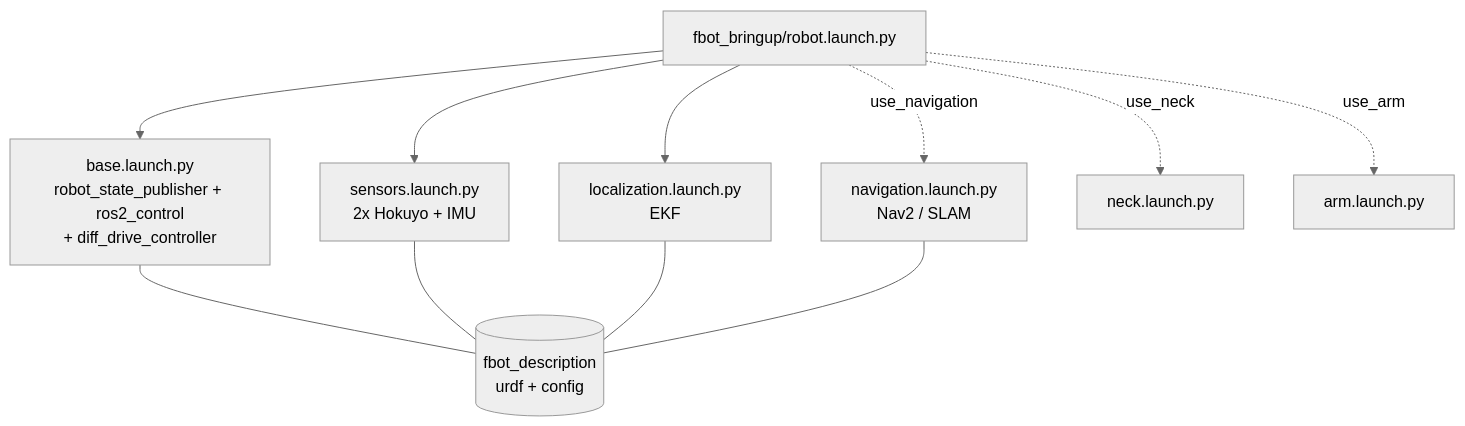
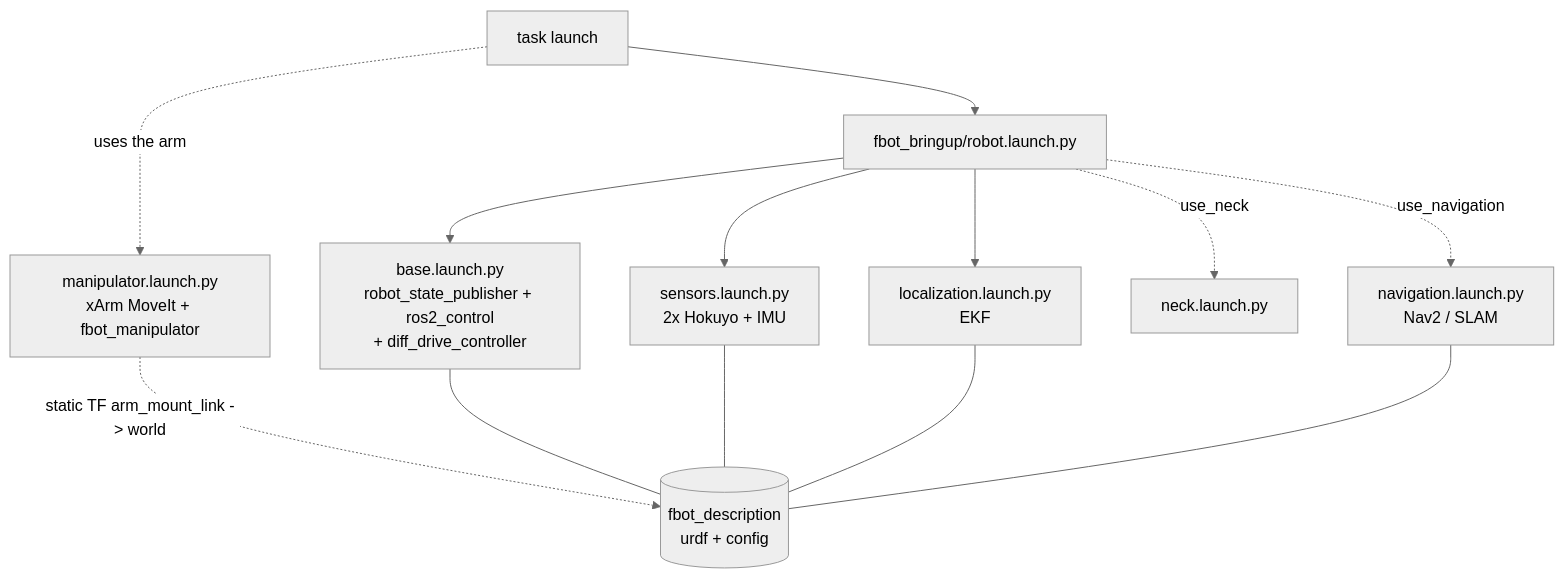
Before and after one commit to fbotathome/fbot_description: the diagram in README.md, drawn with Mermaid (neutral theme). The commit also changed other lines of this file and 4 other files, not shown here.

First line of the commit message:
:memo: arm plate on by default (arm_z_position 0.315); document the manipulator integration

````diff
--- a/README.md
+++ b/README.md
@@ -85,13 +86,15 @@
 ```mermaid
 flowchart TD
     R[fbot_bringup/robot.launch.py] --> B[base.launch.py<br/>robot_state_publisher + ros2_control<br/>+ diff_drive_controller]
     R --> S[sensors.launch.py<br/>2x Hokuyo + IMU]
     R --> L[localization.launch.py<br/>EKF]
     R -.use_navigation.-> N[navigation.launch.py<br/>Nav2 / SLAM]
     R -.use_neck.-> K[neck.launch.py]
-    R -.use_arm.-> A[arm.launch.py]
+    T[task launch] --> R
+    T -.uses the arm.-> M[manipulator.launch.py<br/>xArm MoveIt + fbot_manipulator]
+    M -. static TF arm_mount_link -> world .-> D
     B --- D[(fbot_description<br/>urdf + config)]
     S --- D
     L --- D
     N --- D
 ```
````
